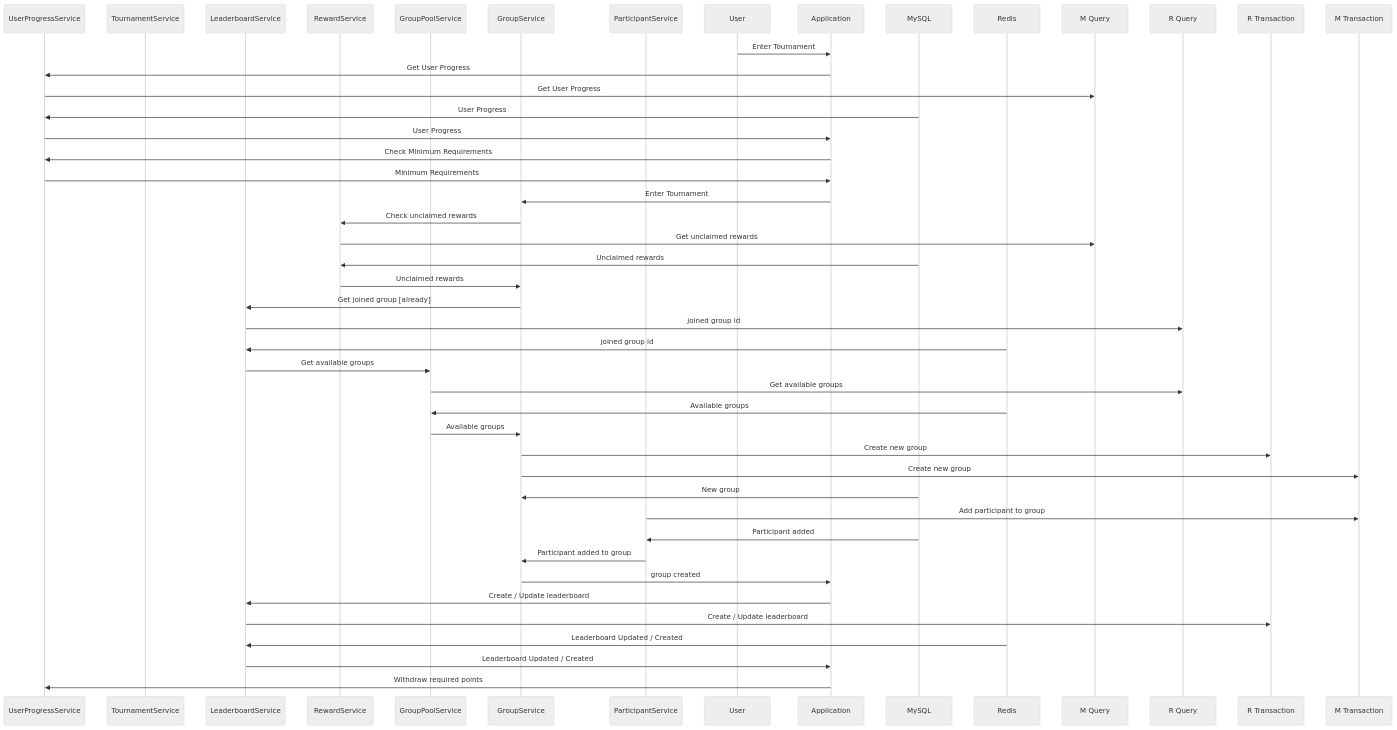
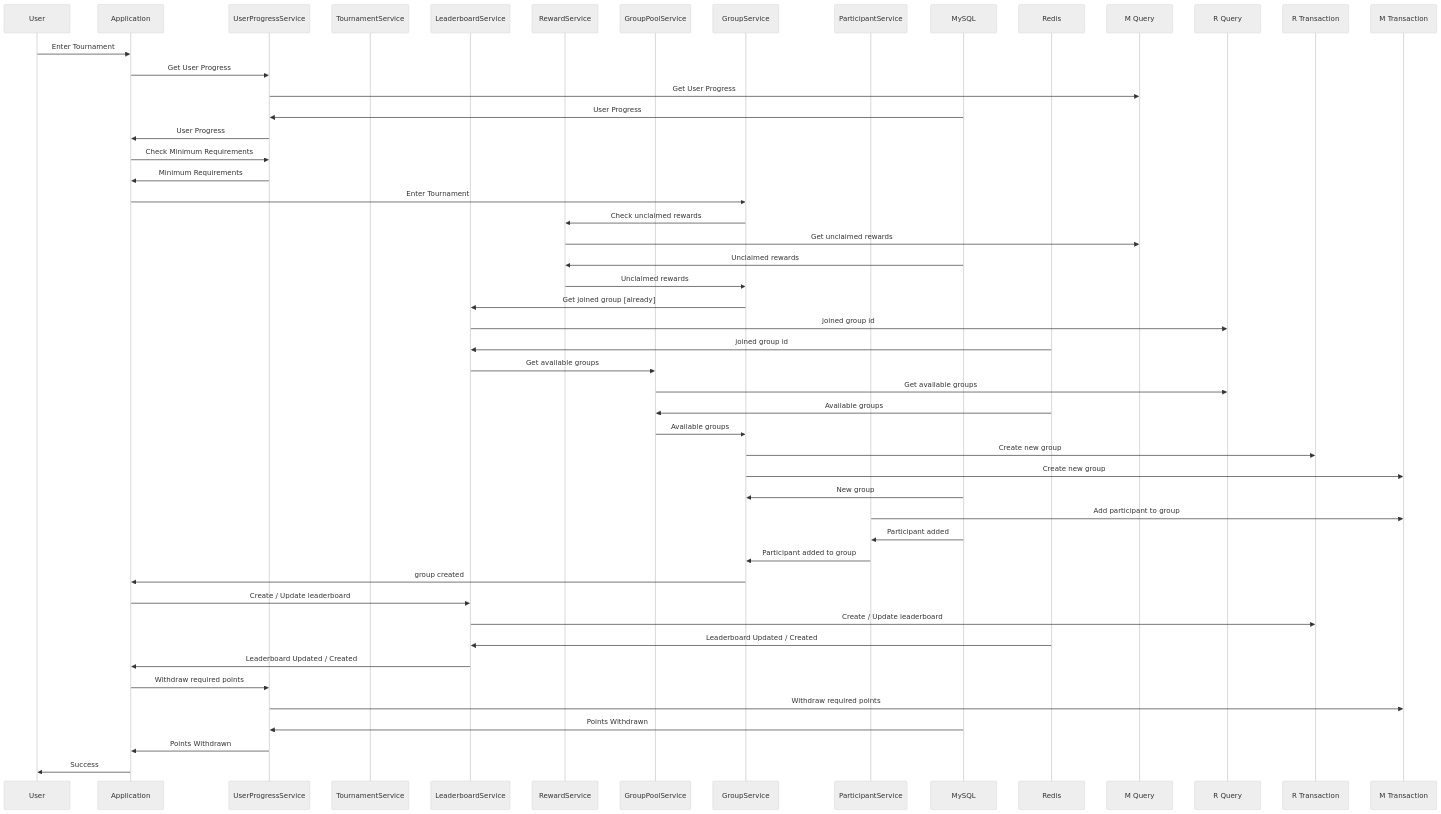
One commit to abdullahbodur/dream-case-study changed the second of 2 diagrams in README.md. Above: the diagram before and after it, drawn with Mermaid (neutral theme). The commit also changed other lines of this file, not shown here.

Commit message:
docs: update sequence diagram

````diff
--- a/README.md
+++ b/README.md
@@ -69,45 +69,49 @@
 ```mermaid
 sequenceDiagram
+    participant U as User
+    participant A as Application
     participant UserProgressService as UserProgressService
     participant TournamentService as TournamentService
     participant LeaderboardService as LeaderboardService
     participant RewardService as RewardService
     participant GroupPoolService as GroupPoolService
     participant GroupService as GroupService
     participant ParticipantService as ParticipantService
-    participant U as User
-    participant A as Application
     participant M as MySQL
     participant R as Redis
     U->>A: Enter Tournament
     A->>UserProgressService: Get User Progress
     UserProgressService->>M Query: Get User Progress
     M->>UserProgressService: User Progress
     UserProgressService->>A: User Progress
     A->>UserProgressService: Check Minimum Requirements
     UserProgressService->>A: Minimum Requirements
     A->>GroupService: Enter Tournament
     GroupService->>RewardService: Check unclaimed rewards
     RewardService->>M Query: Get unclaimed rewards
     M->>RewardService: Unclaimed rewards
     RewardService->>GroupService: Unclaimed rewards
     GroupService->>LeaderboardService: Get joined group [already]
     LeaderboardService->>R Query: joined group id
     R->>LeaderboardService: joined group id
     LeaderboardService->>GroupPoolService: Get available groups
     GroupPoolService->>R Query: Get available groups
     R->>GroupPoolService: Available groups
     GroupPoolService->>GroupService: Available groups
     GroupService->>R Transaction: Create new group
     GroupService->>M Transaction: Create new group
     M->>GroupService: New group
     ParticipantService->>M Transaction: Add participant to group
     M->>ParticipantService: Participant added
     ParticipantService->>GroupService: Participant added to group
     GroupService->>A: group created
     A->>LeaderboardService: Create / Update leaderboard
     LeaderboardService->>R Transaction: Create / Update leaderboard
     R->>LeaderboardService: Leaderboard Updated / Created
     LeaderboardService->>A: Leaderboard Updated / Created
     A->>UserProgressService: Withdraw required points
+    UserProgressService->>M Transaction: Withdraw required points
+    M->>UserProgressService: Points Withdrawn
+    UserProgressService->>A: Points Withdrawn
+    A->>U: Success
 ```
````
